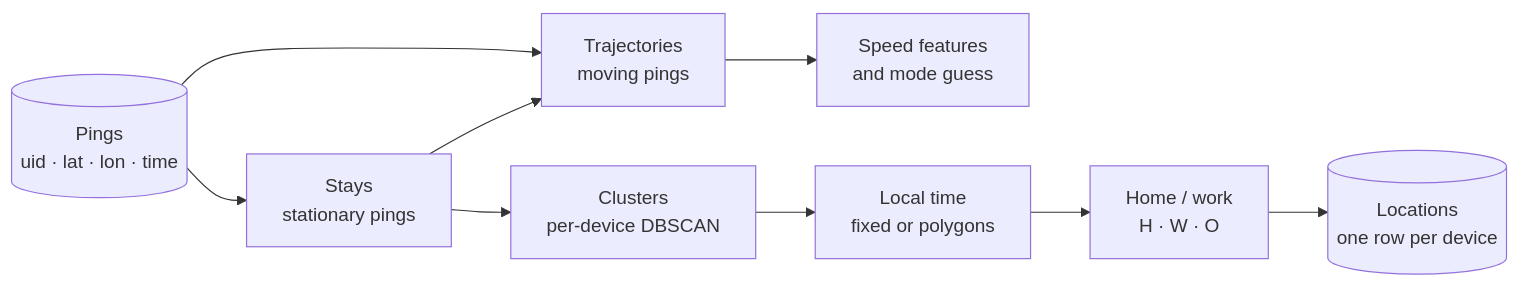
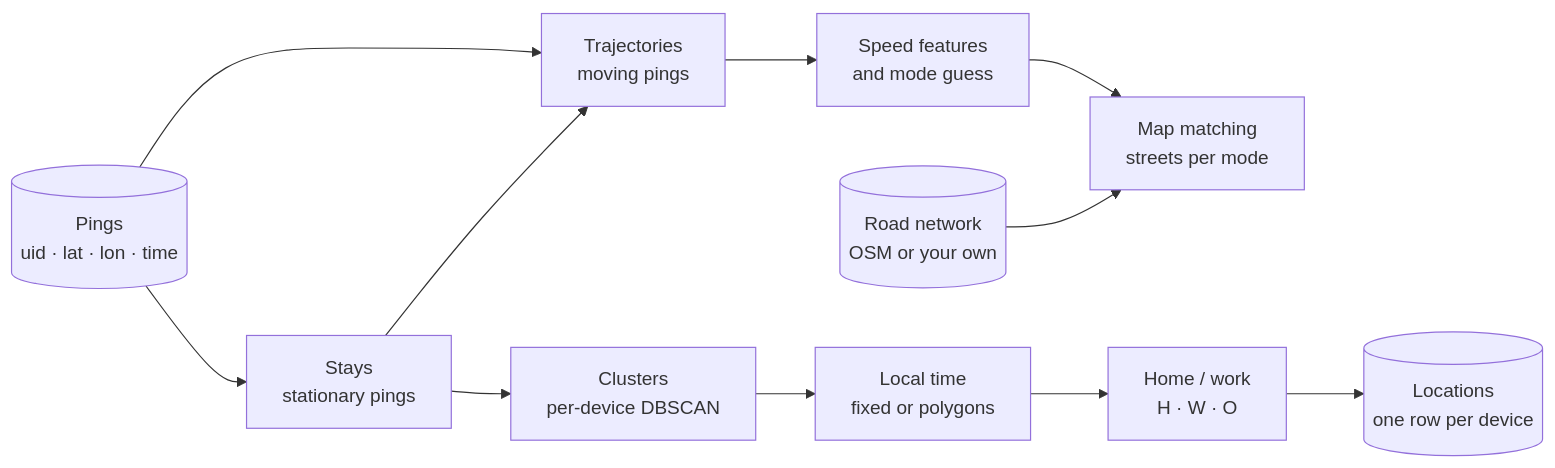
Before and after one commit to ollin18/polaroam: the diagram in docs/guide/index.md, drawn with Mermaid. The commit also changed other lines of this file and 16 other files, not shown here.

First line of the commit message:
Map matching: snap trajectories to a road network (HMM), one network per mode

````diff
--- a/docs/guide/index.md
+++ b/docs/guide/index.md
@@ -6,11 +6,13 @@
 ```mermaid
 flowchart LR
     P[(Pings<br/>uid · lat · lon · time)] --> S[Stays<br/>stationary pings]
     P --> T[Trajectories<br/>moving pings]
     S --> T
     T --> M[Speed features<br/>and mode guess]
+    M --> R[Map matching<br/>streets per mode]
+    N[(Road network<br/>OSM or your own)] --> R
     S --> C[Clusters<br/>per-device DBSCAN]
     C --> L[Local time<br/>fixed or polygons]
     L --> H[Home / work<br/>H · W · O]
     H --> O[(Locations<br/>one row per device)]
 ```
````
